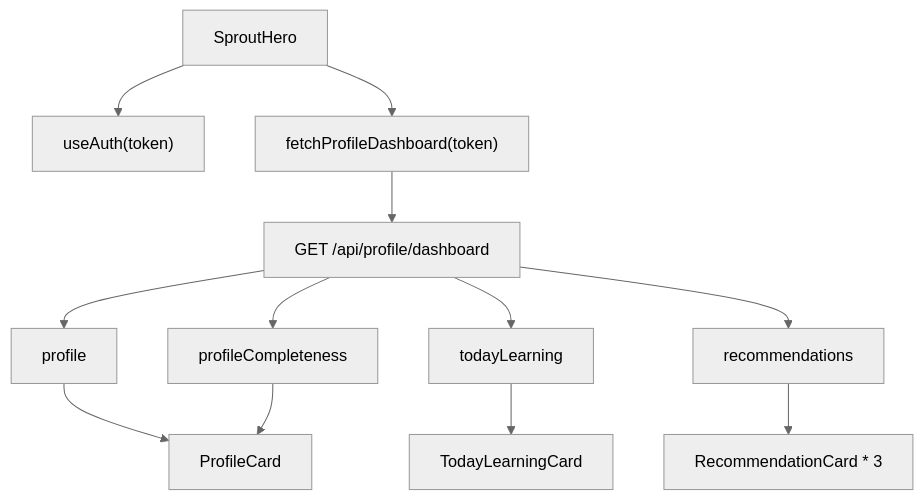
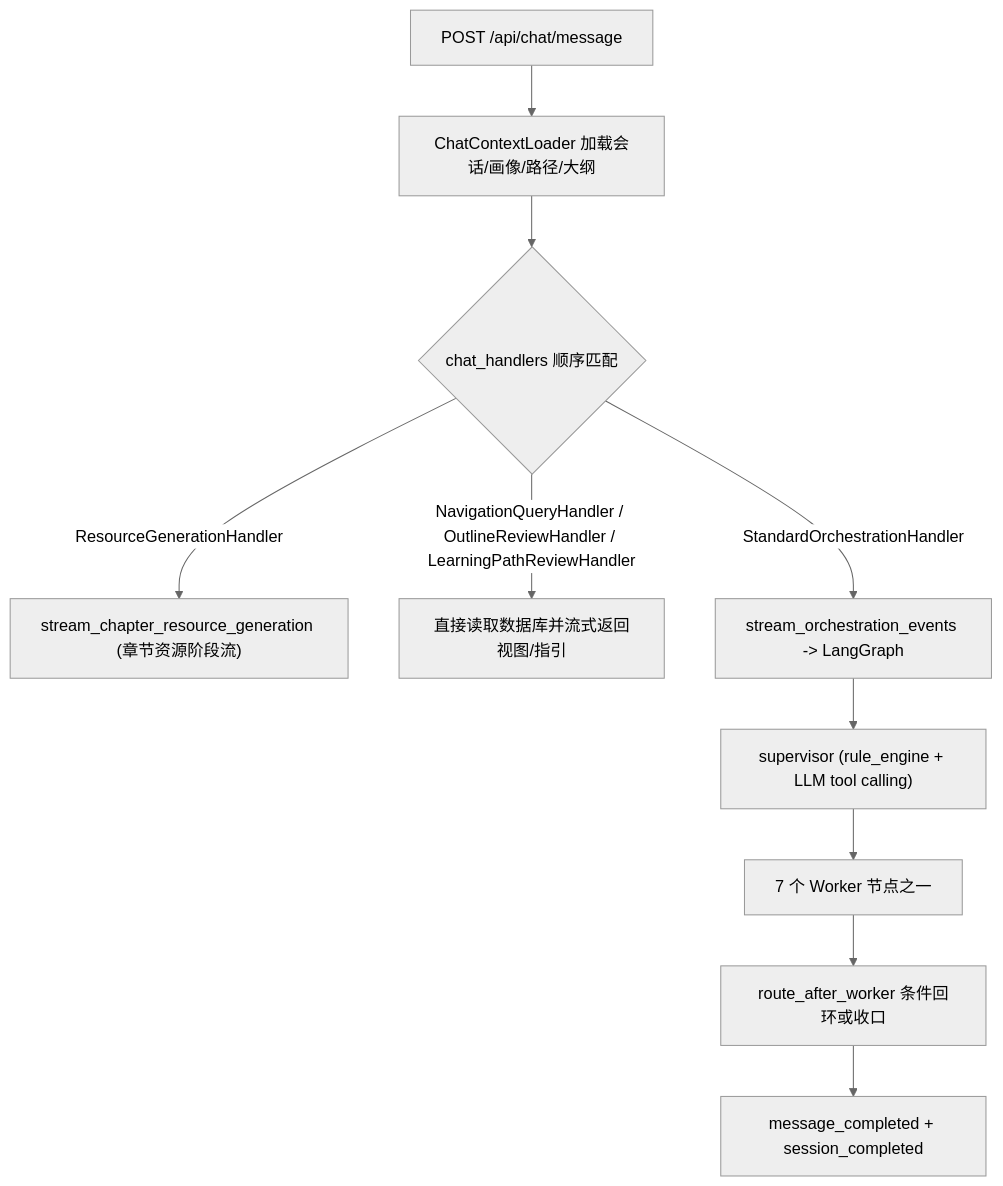
One commit to innovationpuls-creator/mutiagent changed the diagram in docs/backend/agent逻辑.md. Above: the diagram before and after it, drawn with Mermaid (neutral theme). The commit also changed other lines of this file and 11 other files, not shown here.

````diff
--- a/docs/backend/agent逻辑.md
+++ b/docs/backend/agent逻辑.md
@@ -552,14 +11,12 @@
 ```mermaid
-graph TD
-  A["SproutHero"] --> B["useAuth(token)"]
-  A --> C["fetchProfileDashboard(token)"]
-  C --> D["GET /api/profile/dashboard"]
-  D --> E["profile"]
-  D --> F["profileCompleteness"]
-  D --> G["todayLearning"]
-  D --> H["recommendations"]
-  E --> I["ProfileCard"]
-  F --> I
-  G --> J["TodayLearningCard"]
-  H --> K["RecommendationCard * 3"]
+flowchart TD
+  A["POST /api/chat/message"] --> B["ChatContextLoader 加载会话/画像/路径/大纲"]
+  B --> C{"chat_handlers 顺序匹配"}
+  C -->|ResourceGenerationHandler| D["stream_chapter_resource_generation (章节资源阶段流)"]
+  C -->|NavigationQueryHandler / OutlineReviewHandler / LearningPathReviewHandler| E["直接读取数据库并流式返回视图/指引"]
+  C -->|StandardOrchestrationHandler| F["stream_orchestration_events -> LangGraph"]
+  F --> G["supervisor (rule_engine + LLM tool calling)"]
+  G --> H["7 个 Worker 节点之一"]
+  H --> I["route_after_worker 条件回环或收口"]
+  I --> J["message_completed + session_completed"]
 ```
````
